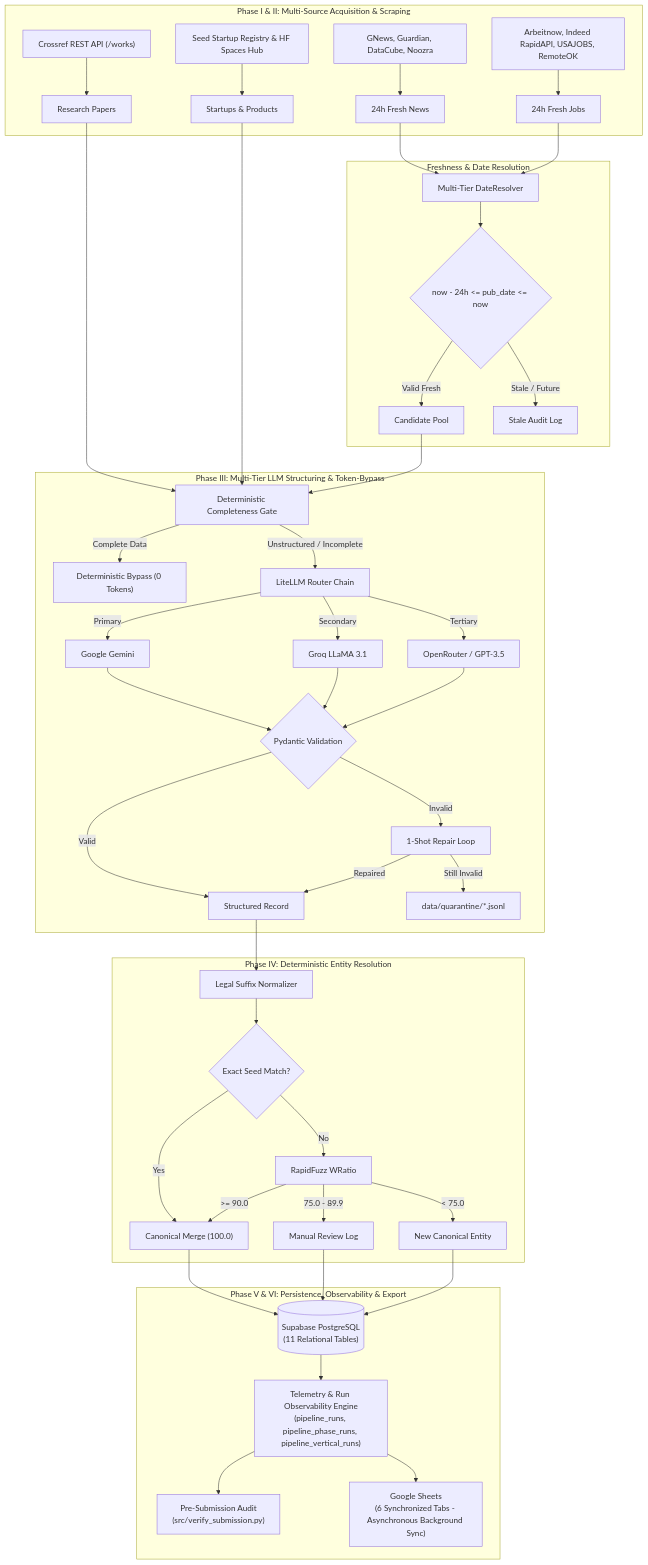
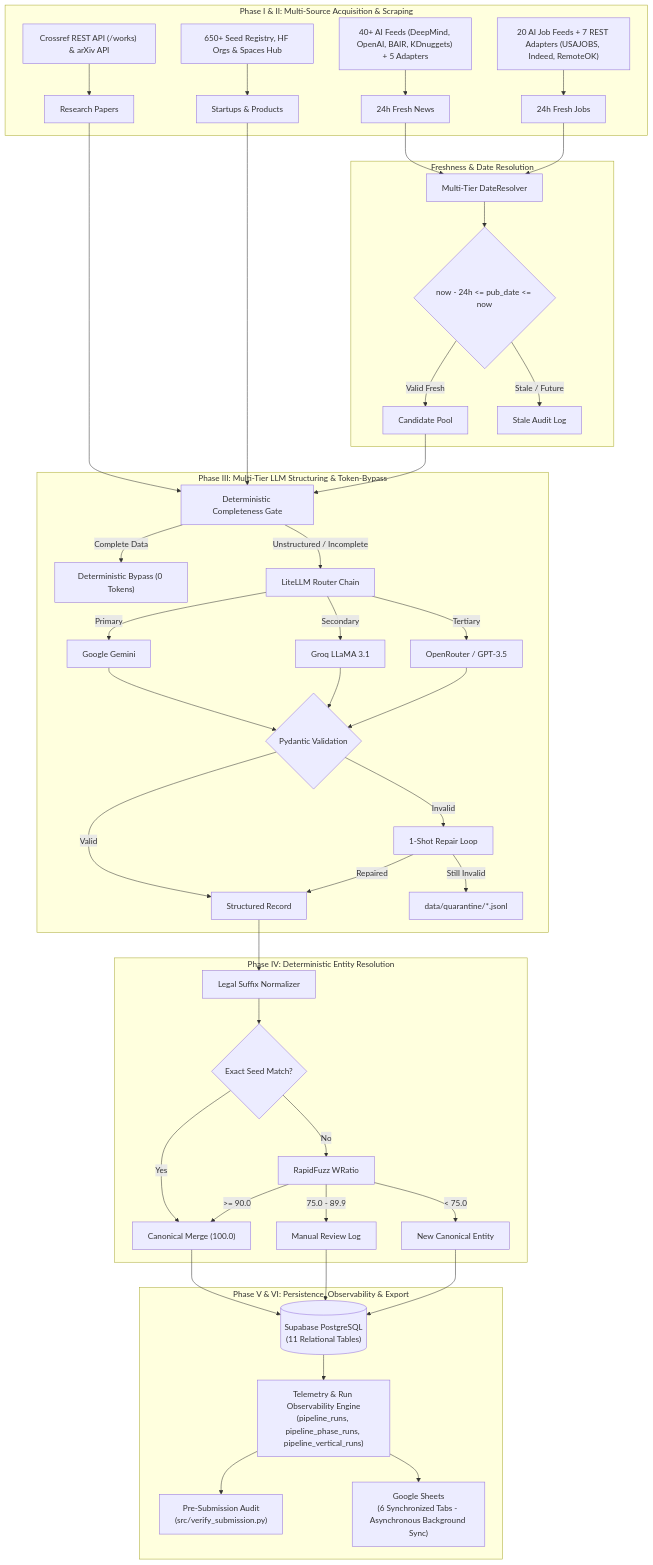
Before and after one commit to manik981/DEMO-PROJECT: the diagram in README.md, drawn with Mermaid. The commit also changed 6 other files, not shown here.

````diff
--- a/README.md
+++ b/README.md
@@ -9,47 +9,47 @@
 ```mermaid
 flowchart TD
     subgraph PhaseI_II["Phase I & II: Multi-Source Acquisition & Scraping"]
-        A1["Crossref REST API (/works)"] --> P1["Research Papers"]
-        A2["Seed Startup Registry & HF Spaces Hub"] --> P2["Startups & Products"]
-        A3["GNews, Guardian, DataCube, Noozra"] --> P3["24h Fresh News"]
-        A4["Arbeitnow, Indeed RapidAPI, USAJOBS, RemoteOK"] --> P4["24h Fresh Jobs"]
+        A1["Crossref REST API (/works) & arXiv API"] --> P1["Research Papers"]
+        A2["650+ Seed Registry, HF Orgs & Spaces Hub"] --> P2["Startups & Products"]
+        A3["40+ AI Feeds (DeepMind, OpenAI, BAIR, KDnuggets) + 5 Adapters"] --> P3["24h Fresh News"]
+        A4["20 AI Job Feeds + 7 REST Adapters (USAJOBS, Indeed, RemoteOK)"] --> P4["24h Fresh Jobs"]
     end
 
     subgraph PhaseII_Audit["Freshness & Date Resolution"]
         P3 & P4 --> D1["Multi-Tier DateResolver"]
         D1 --> D2{"now - 24h <= pub_date <= now"}
         D2 -- Valid Fresh --> D3["Candidate Pool"]
         D2 -- Stale / Future --> D4["Stale Audit Log"]
     end
 
     subgraph PhaseIII["Phase III: Multi-Tier LLM Structuring & Token-Bypass"]
         P1 & P2 & D3 --> S1["Deterministic Completeness Gate"]
         S1 -->|Complete Data| S2["Deterministic Bypass (0 Tokens)"]
         S1 -->|Unstructured / Incomplete| S3["LiteLLM Router Chain"]
         S3 -->|Primary| L1["Google Gemini"]
         S3 -->|Secondary| L2["Groq LLaMA 3.1"]
         S3 -->|Tertiary| L3["OpenRouter / GPT-3.5"]
         L1 & L2 & L3 --> V1{"Pydantic Validation"}
         V1 -- Valid --> V2["Structured Record"]
         V1 -- Invalid --> V3["1-Shot Repair Loop"]
         V3 -- Still Invalid --> V4["data/quarantine/*.jsonl"]
         V3 -- Repaired --> V2
     end
 
     subgraph PhaseIV["Phase IV: Deterministic Entity Resolution"]
         V2 --> E1["Legal Suffix Normalizer"]
         E1 --> E2{"Exact Seed Match?"}
         E2 -- Yes --> E3["Canonical Merge (100.0)"]
         E2 -- No --> E4["RapidFuzz WRatio"]
         E4 -->|>= 90.0| E3
         E4 -->|75.0 - 89.9| E5["Manual Review Log"]
         E4 -->|< 75.0| E6["New Canonical Entity"]
     end
 
     subgraph PhaseV_VI["Phase V & VI: Persistence, Observability & Export"]
         E3 & E5 & E6 --> DB[("Supabase PostgreSQL\n(11 Relational Tables)")]
         DB --> TEL["Telemetry & Run Observability Engine\n(pipeline_runs, pipeline_phase_runs, pipeline_vertical_runs)"]
         TEL --> VERIFY["Pre-Submission Audit\n(src/verify_submission.py)"]
         TEL --> GS["Google Sheets\n(6 Synchronized Tabs - Asynchronous Background Sync)"]
     end
 ```
````
